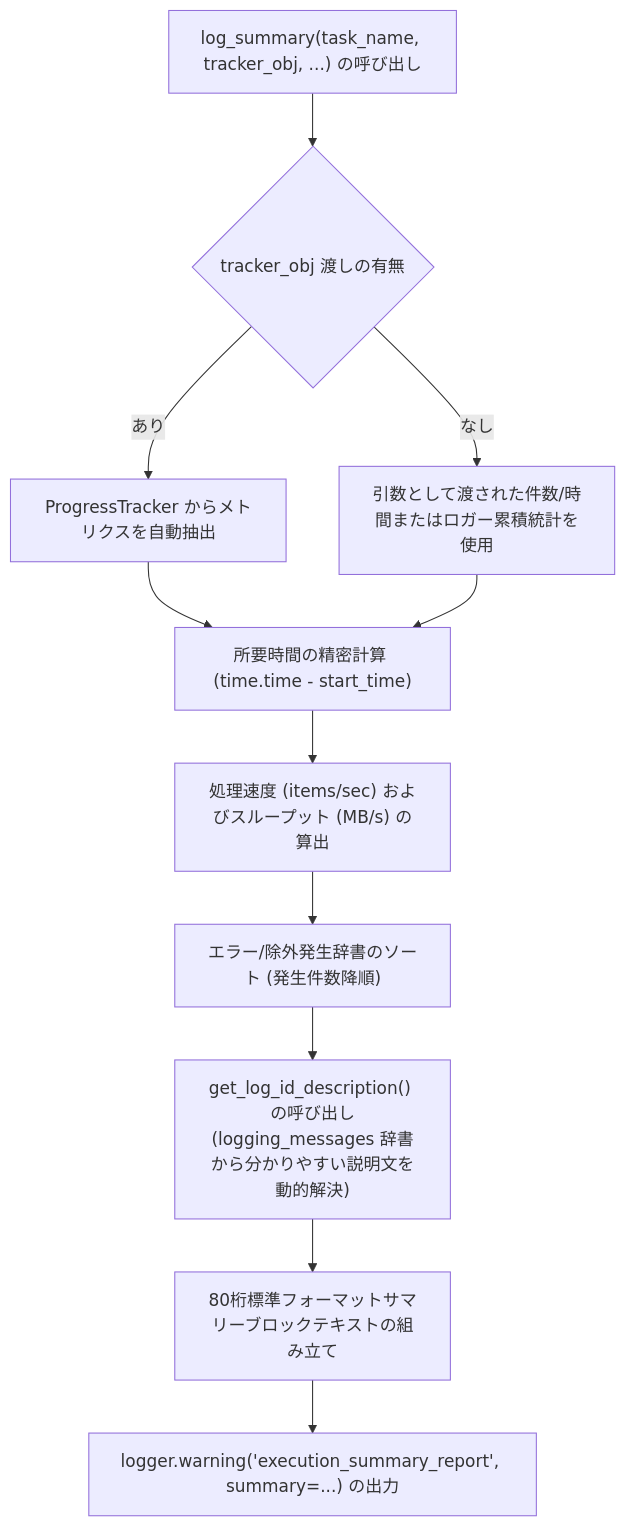
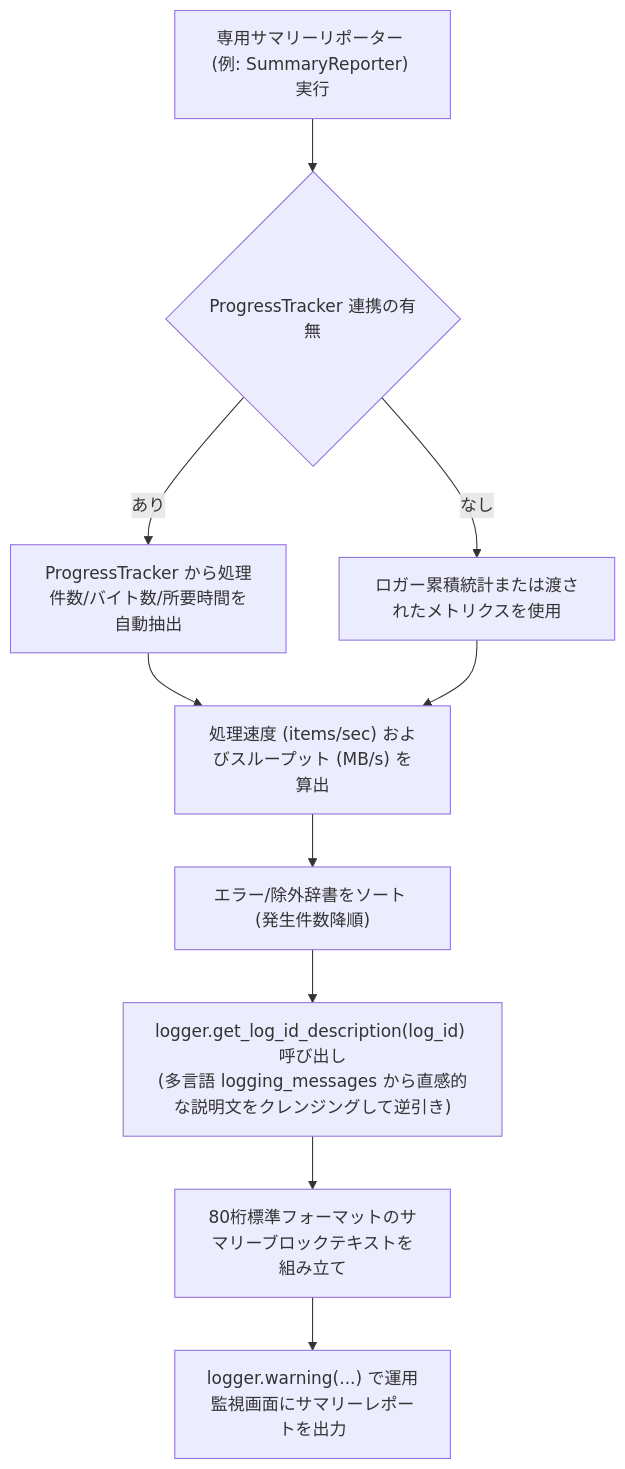
Before and after one commit to kampores/agent_common: the diagram in manual/ja/logger/05_summary_report_generation_ja.md, drawn with Mermaid. The commit also changed other lines of this file and 49 other files, not shown here.

````diff
--- a/manual/ja/logger/05_summary_report_generation_ja.md
+++ b/manual/ja/logger/05_summary_report_generation_ja.md
@@ -26,16 +29,15 @@
 ```mermaid
 flowchart TD
-    A["log_summary(task_name, tracker_obj, ...) の呼び出し"] --> B{"tracker_obj 渡しの有無"}
-    B -->|"あり"| C["ProgressTracker からメトリクスを自動抽出"]
-    B -->|"なし"| D["引数として渡された件数/時間またはロガー累積統計を使用"]
+    A["専用サマリーリポーター (例: SummaryReporter) 実行"] --> B{"ProgressTracker 連携の有無"}
+    B -->|"あり"| C["ProgressTracker から処理件数/バイト数/所要時間を自動抽出"]
+    B -->|"なし"| D["ロガー累積統計または渡されたメトリクスを使用"]
     
-    C --> E["所要時間の精密計算 (time.time - start_time)"]
+    C --> E["処理速度 (items/sec) およびスループット (MB/s) を算出"]
     D --> E
-    E --> F["処理速度 (items/sec) およびスループット (MB/s) の算出"]
     
-    F --> G["エラー/除外発生辞書のソート (発生件数降順)"]
-    G --> H["get_log_id_description() の呼び出し<br/>(logging_messages 辞書から分かりやすい説明文を動的解決)"]
+    E --> F["エラー/除外辞書をソート (発生件数降順)"]
+    F --> G["logger.get_log_id_description(log_id) 呼び出し<br/>(多言語 logging_messages から直感的な説明文をクレンジングして逆引き)"]
     
-    H --> I["80桁標準フォーマットサマリーブロックテキストの組み立て"]
-    I --> J["logger.warning('execution_summary_report', summary=...) の出力"]
+    G --> H["80桁標準フォーマットのサマリーブロックテキストを組み立て"]
+    H --> I["logger.warning(...) で運用監視画面にサマリーレポートを出力"]
 ```
````
